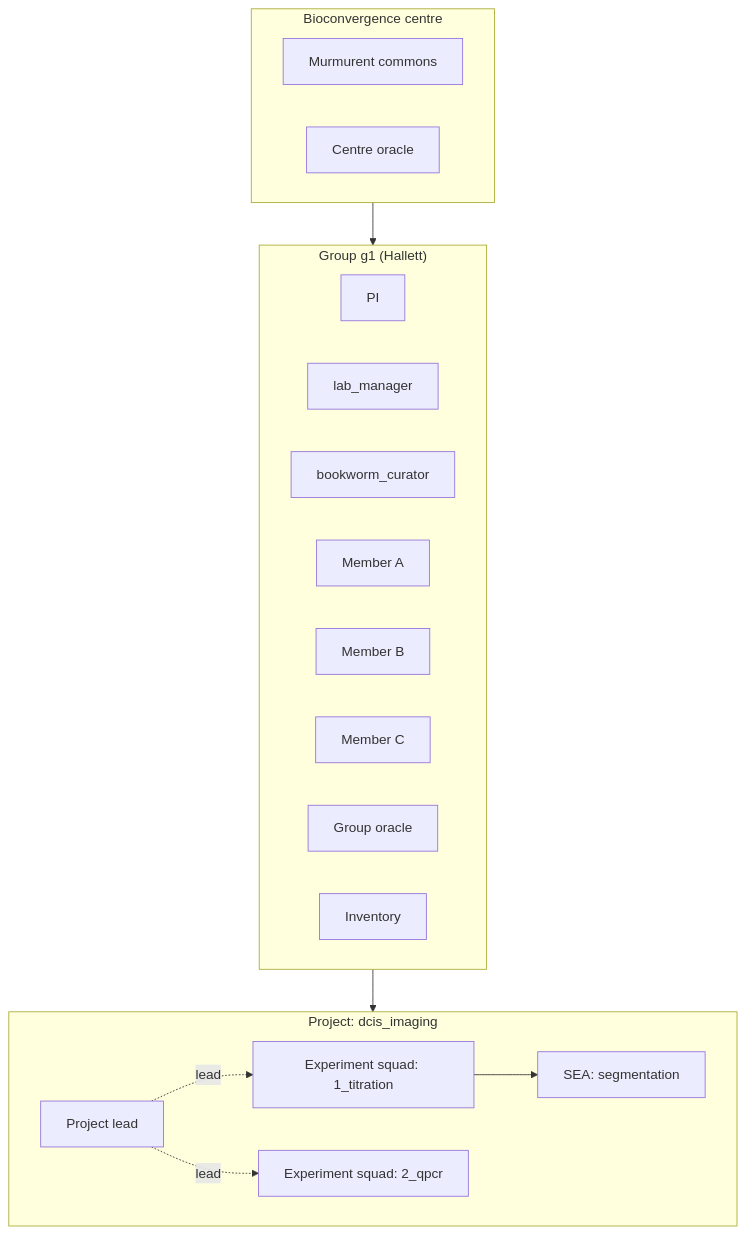
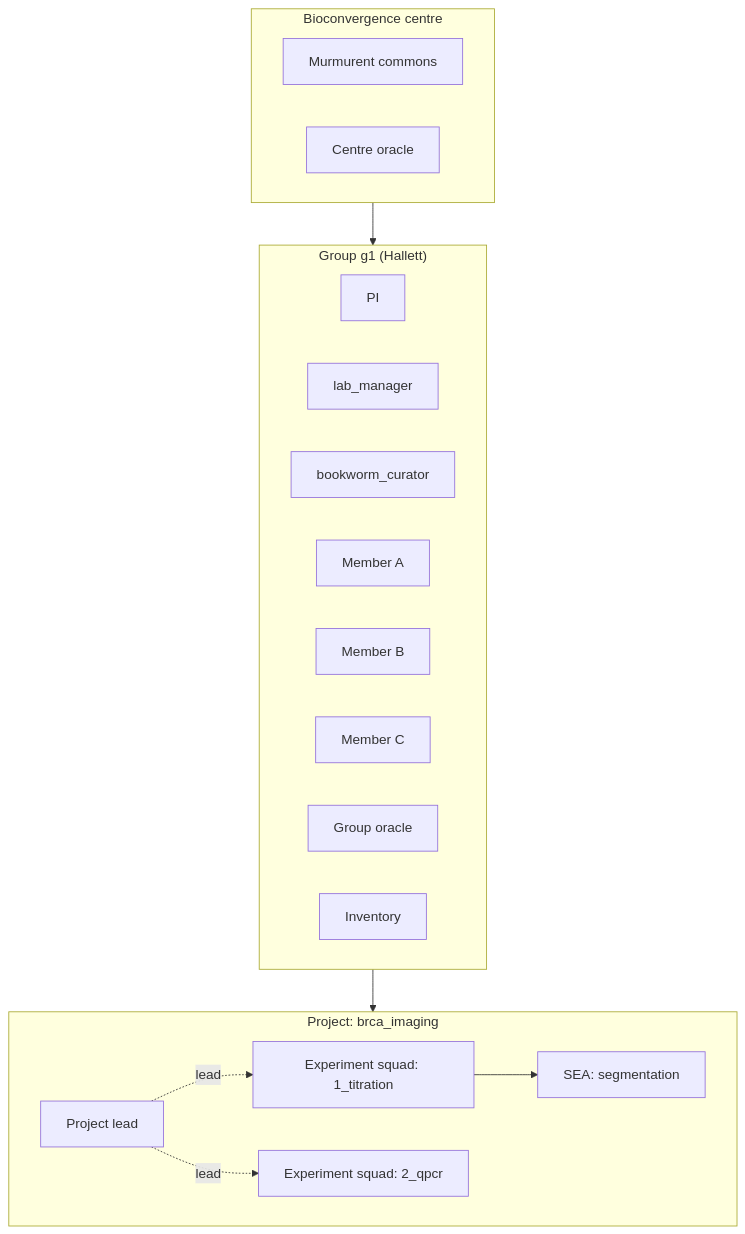
One commit to hallettmiket/murmurent changed the first of 7 diagrams in docs/diagrams.md. Above: the diagram before and after it, drawn with Mermaid. The commit also changed other lines of this file and 10 other files, not shown here.

````diff
--- a/docs/diagrams.md
+++ b/docs/diagrams.md
@@ -16,28 +16,28 @@
 ```mermaid
 graph TB
     subgraph CENTRE["Bioconvergence centre"]
         WC[Murmurent commons]
         OR[Centre oracle]
     end
     subgraph G1["Group g1 (Hallett)"]
         PI1[PI]
         LM1[lab_manager]
         BC1[bookworm_curator]
         M1[Member A]
         M2[Member B]
         M3[Member C]
         ORG1[Group oracle]
         INV1[Inventory]
     end
-    subgraph PROJ["Project: dcis_imaging"]
+    subgraph PROJ["Project: brca_imaging"]
         LEAD[Project lead]
         EN1[Experiment squad: 1_titration]
         EN2[Experiment squad: 2_qpcr]
         SEA1[SEA: segmentation]
     end
     CENTRE --> G1
     G1 --> PROJ
     LEAD -.lead.-> EN1
     LEAD -.lead.-> EN2
     EN1 --> SEA1
 ```
````
